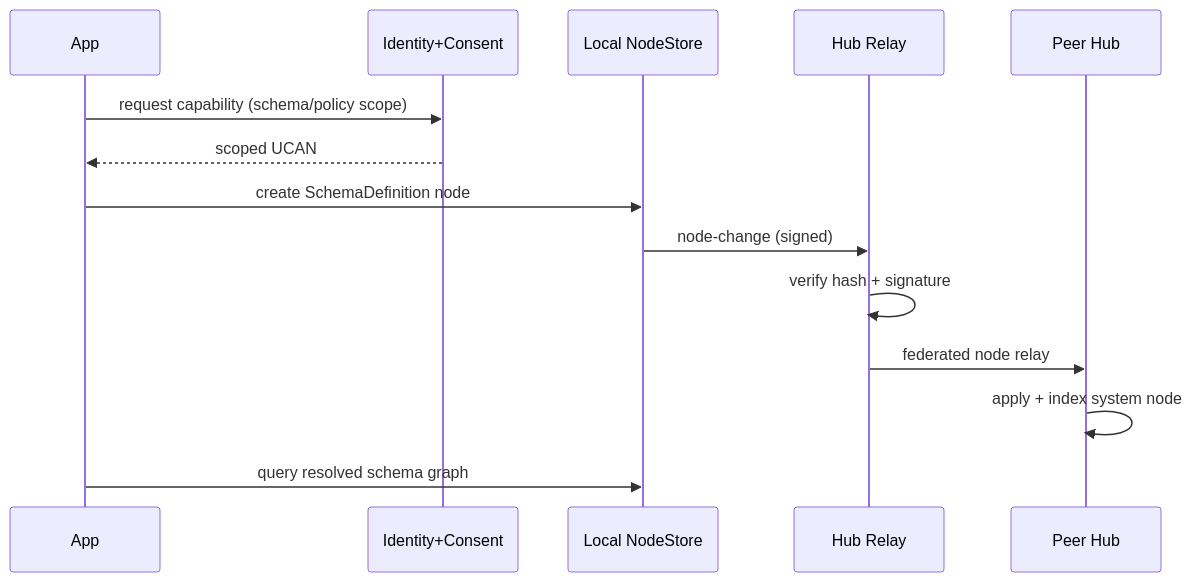
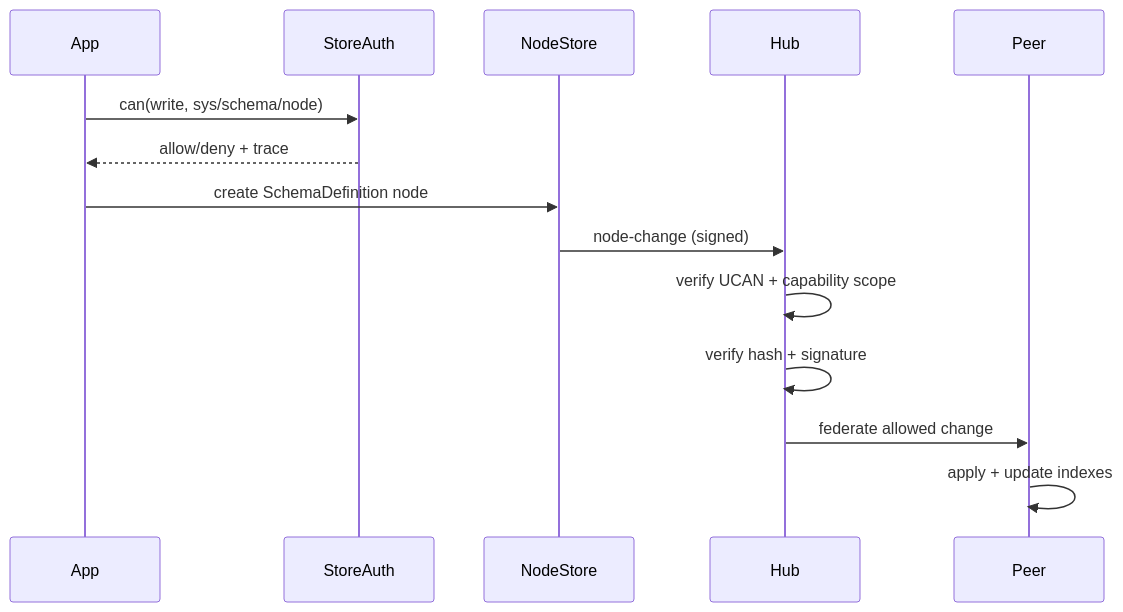
Before and after one commit to crs48/xNet: the third of 6 diagrams in docs/explorations/0093_[_]_NODE_NATIVE_GLOBAL_SCHEMA_FEDERATION_MODEL.md, drawn with Mermaid. The commit also changed other lines of this file, not shown here.

````diff
--- a/docs/explorations/0093_[_]_NODE_NATIVE_GLOBAL_SCHEMA_FEDERATION_MODEL.md
+++ b/docs/explorations/0093_[_]_NODE_NATIVE_GLOBAL_SCHEMA_FEDERATION_MODEL.md
@@ -171,17 +169,17 @@
 ```mermaid
 sequenceDiagram
     participant App
-    participant Wallet as Identity+Consent
-    participant Store as Local NodeStore
-    participant Hub as Hub Relay
-    participant Peer as Peer Hub
+    participant StoreAuth
+    participant NodeStore
+    participant Hub
+    participant Peer
 
-    App->>Wallet: request capability (schema/policy scope)
-    Wallet-->>App: scoped UCAN
-    App->>Store: create SchemaDefinition node
-    Store->>Hub: node-change (signed)
+    App->>StoreAuth: can(write, sys/schema/node)
+    StoreAuth-->>App: allow/deny + trace
+    App->>NodeStore: create SchemaDefinition node
+    NodeStore->>Hub: node-change (signed)
+    Hub->>Hub: verify UCAN + capability scope
     Hub->>Hub: verify hash + signature
-    Hub->>Peer: federated node relay
-    Peer->>Peer: apply + index system node
-    App->>Store: query resolved schema graph
+    Hub->>Peer: federate allowed change
+    Peer->>Peer: apply + update indexes
 ```
````
